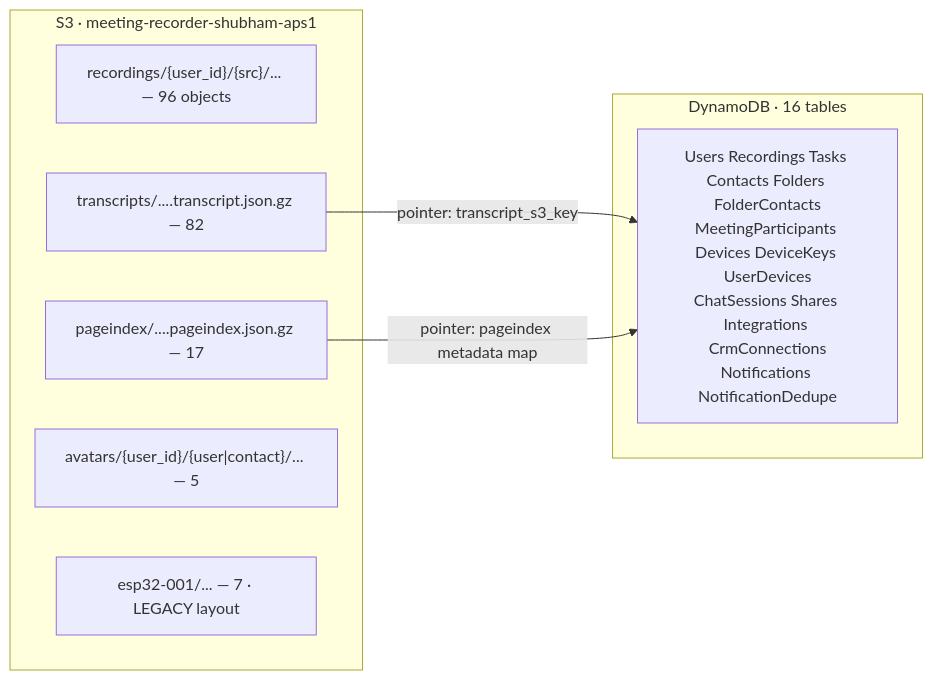
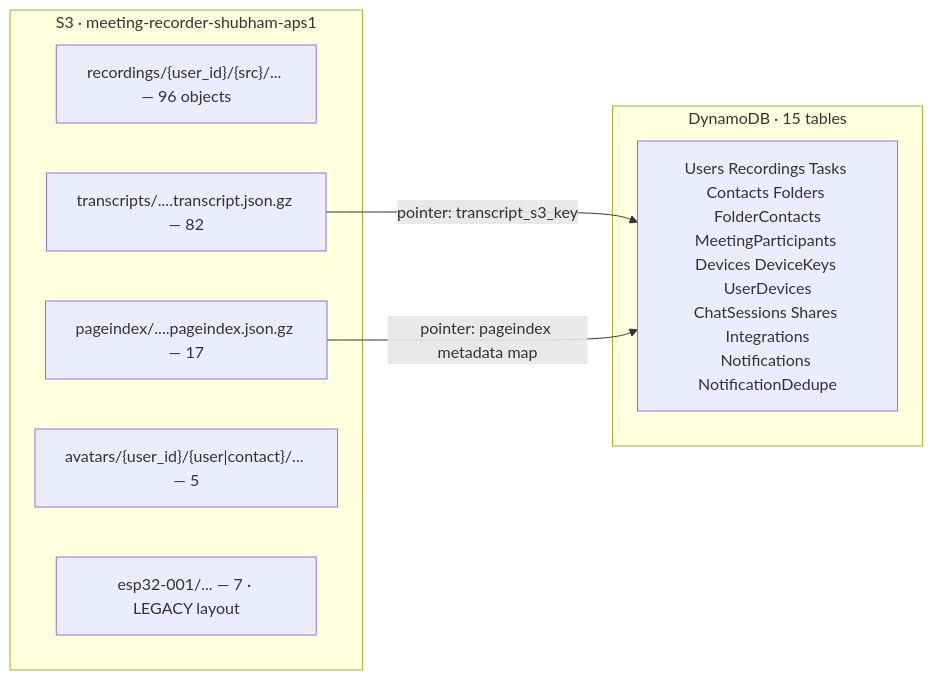
One commit to shubhampatil-ai/MinuteX changed the seventh of 7 diagrams in AWS_ARCHITECTURE.md. Above: the diagram before and after it, drawn with Mermaid. The commit also changed other lines of this file and 143 other files, not shown here.

````diff
--- a/AWS_ARCHITECTURE.md
+++ b/AWS_ARCHITECTURE.md
@@ -281,15 +291,15 @@
 ```mermaid
 flowchart LR
     subgraph S3B["S3 · meeting-recorder-shubham-aps1"]
       P1["recordings/{user_id}/{src}/... — 96 objects"]
       P2["transcripts/....transcript.json.gz — 82"]
       P3["pageindex/....pageindex.json.gz — 17"]
       P4["avatars/{user_id}/{user|contact}/... — 5"]
       P5["esp32-001/... — 7 · LEGACY layout"]
     end
-    subgraph DDB16["DynamoDB · 16 tables"]
-      T["Users Recordings Tasks Contacts Folders FolderContacts<br/>MeetingParticipants Devices DeviceKeys UserDevices<br/>ChatSessions Shares Integrations CrmConnections<br/>Notifications NotificationDedupe"]
+    subgraph DDB16["DynamoDB · 15 tables"]
+      T["Users Recordings Tasks Contacts Folders FolderContacts<br/>MeetingParticipants Devices DeviceKeys UserDevices<br/>ChatSessions Shares Integrations<br/>Notifications NotificationDedupe"]
     end
     P2 -->|"pointer: transcript_s3_key"| T
     P3 -->|"pointer: pageindex metadata map"| T
 ```
````
